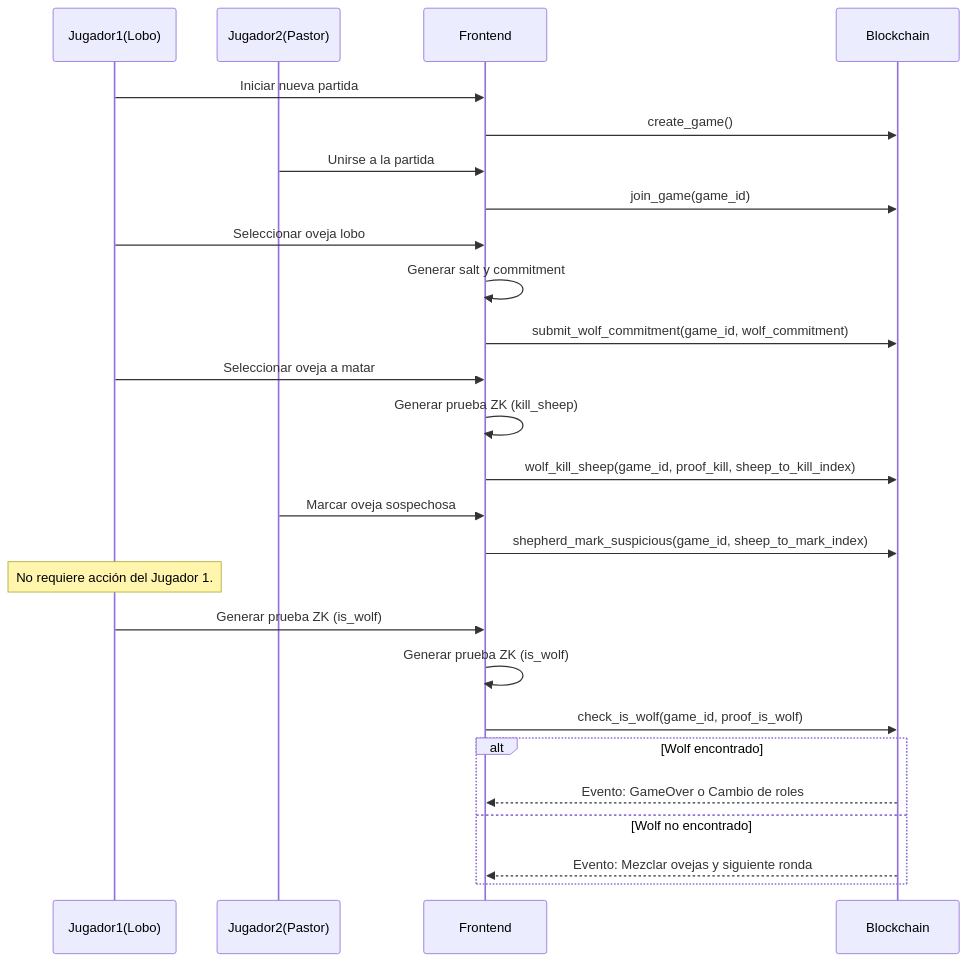
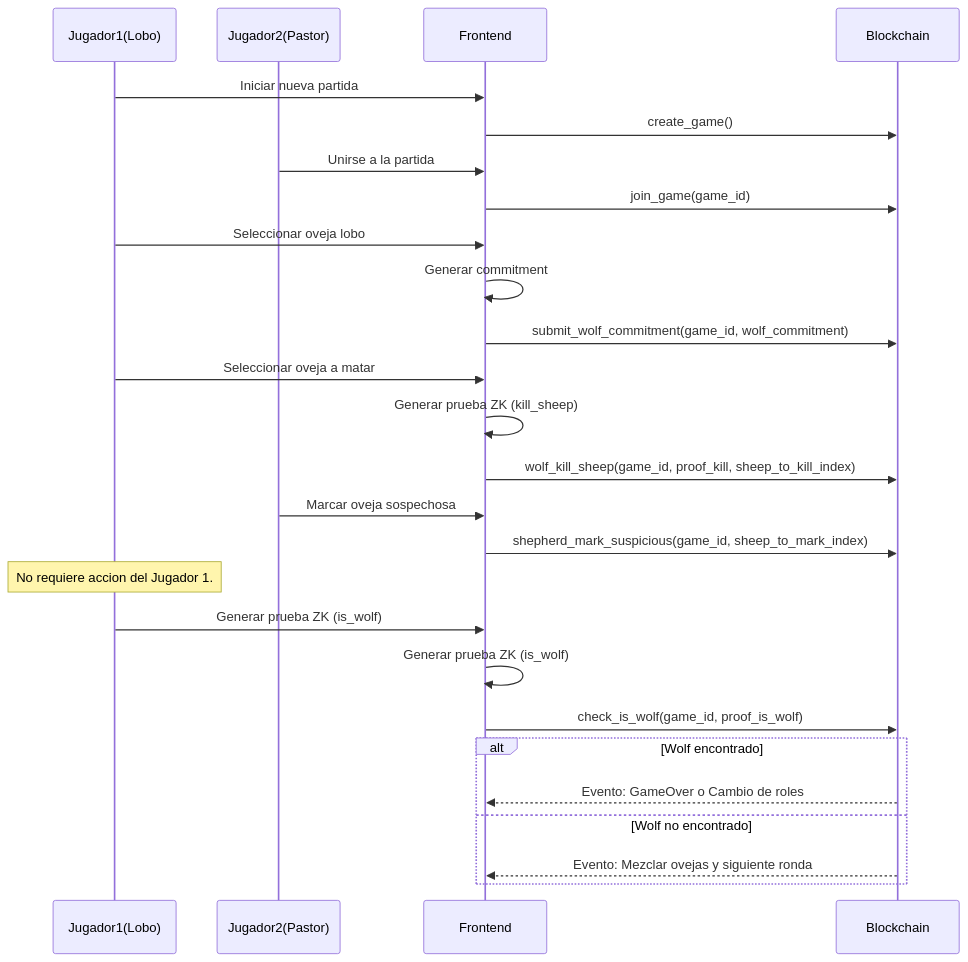
Before and after one commit to dpinones/hello-world-dojo-garaga: the diagram in state_diagram.md, drawn with Mermaid.

Commit message:
Refine state diagram by correcting terminology and removing redundant steps in the commitment process.

````diff
--- a/state_diagram.md
+++ b/state_diagram.md
@@ -5,43 +5,43 @@
 ```mermaid
 sequenceDiagram
     participant Jugador1(Lobo)
     participant Jugador2(Pastor)
     participant Frontend
     participant Blockchain
 
     %% 1. Crear partida
     Jugador1(Lobo)->>Frontend: Iniciar nueva partida
     Frontend->>Blockchain: create_game()
 
     %% 2. Unirse a la partida
     Jugador2(Pastor)->>Frontend: Unirse a la partida
     Frontend->>Blockchain: join_game(game_id)
 
     %% 3. Compromiso del lobo (Jugador 1)
     Jugador1(Lobo)->>Frontend: Seleccionar oveja lobo
-    Frontend->>Frontend: Generar salt y commitment
+    Frontend->>Frontend: Generar commitment
     Frontend->>Blockchain: submit_wolf_commitment(game_id, wolf_commitment)
 
     %% 4. Turno del lobo (Jugador 1)
     Jugador1(Lobo)->>Frontend: Seleccionar oveja a matar
     Frontend->>Frontend: Generar prueba ZK (kill_sheep)
     Frontend->>Blockchain: wolf_kill_sheep(game_id, proof_kill, sheep_to_kill_index)
 
     %% 5. Turno del pastor (Jugador 2)
     Jugador2(Pastor)->>Frontend: Marcar oveja sospechosa
     Frontend->>Blockchain: shepherd_mark_suspicious(game_id, sheep_to_mark_index)
 
-    Note over Jugador1(Lobo): No requiere acción del Jugador 1.
+    Note over Jugador1(Lobo): No requiere accion del Jugador 1.
 
     %% 6. Verificación del lobo (Jugador 1)
     Jugador1(Lobo)->>Frontend: Generar prueba ZK (is_wolf)
     Frontend->>Frontend: Generar prueba ZK (is_wolf)
     Frontend->>Blockchain: check_is_wolf(game_id, proof_is_wolf)
 
     %% 7. Fin de ronda / mezcla / cambio de roles
     alt Wolf encontrado
         Blockchain-->>Frontend: Evento: GameOver o Cambio de roles
     else Wolf no encontrado
         Blockchain-->>Frontend: Evento: Mezclar ovejas y siguiente ronda
     end
 ```
````
